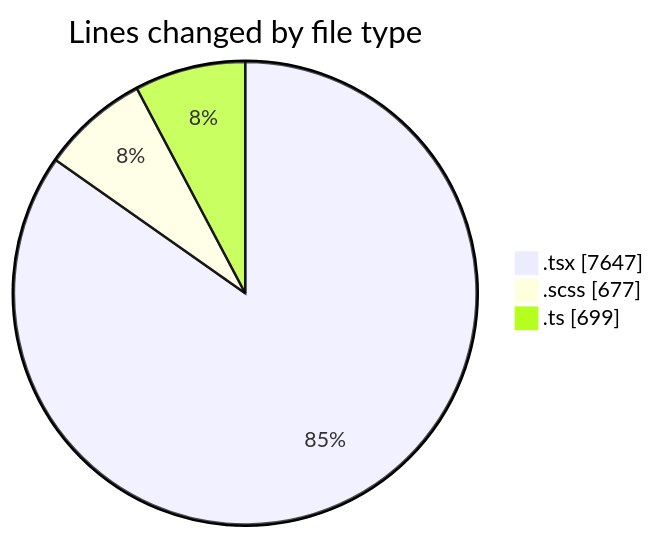
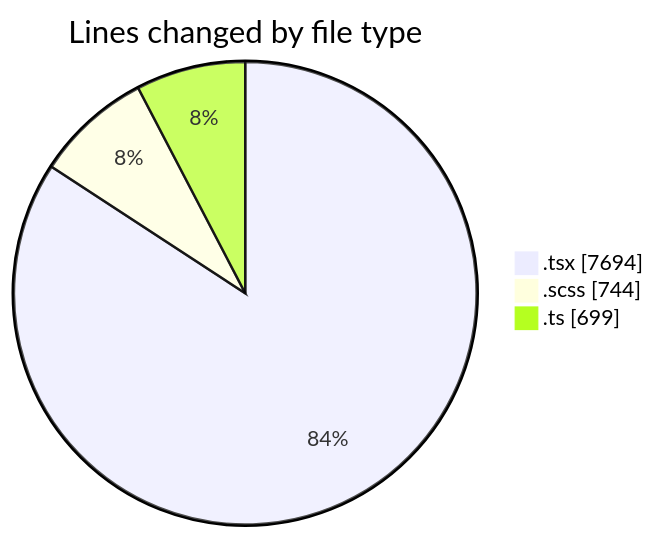
The first of 2 diagrams in 2025-07-03/cda/README.md (momahboobian/code-tracking), drawn with Mermaid before and after one commit. The commit also changed other lines of this file and 1 other file, not shown here.

````diff
--- a/2025-07-03/cda/README.md
+++ b/2025-07-03/cda/README.md
@@ -48,7 +48,7 @@
 ```mermaid
 pie showData
 title Lines changed by file type
-".tsx" : 7647
-".scss" : 677
+".tsx" : 7694
+".scss" : 744
 ".ts" : 699
 ```
````
